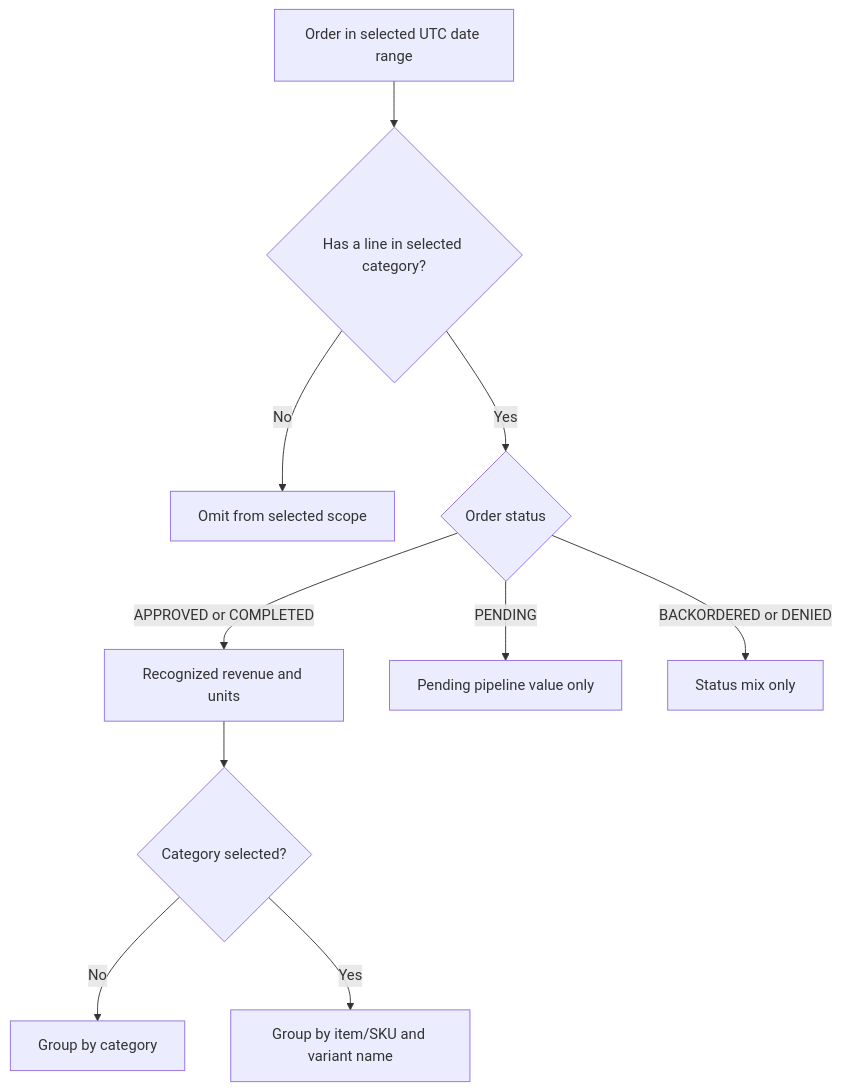
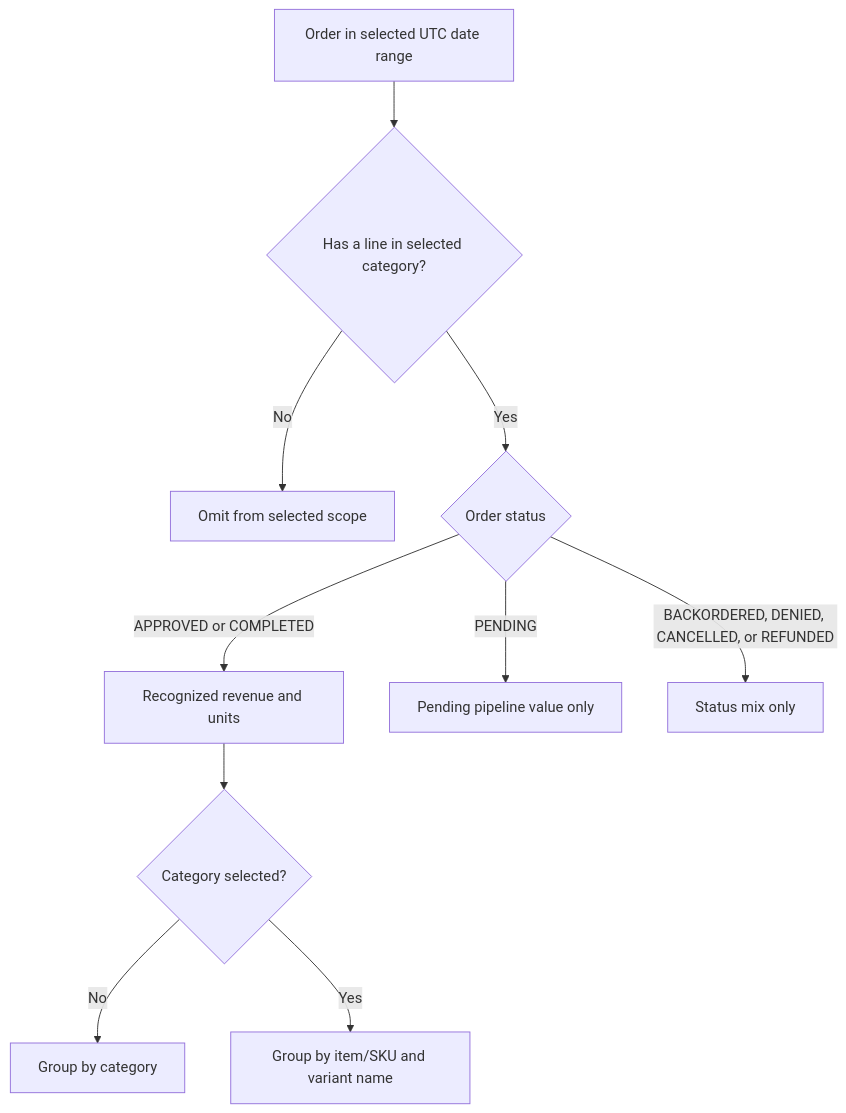
Before and after one commit to adityakulraj/petstore-modernized: the second of 2 diagrams in docs/feature-sales-revenue-analytics.md, drawn with Mermaid. The commit also changed other lines of this file and 56 other files, not shown here.

````diff
--- a/docs/feature-sales-revenue-analytics.md
+++ b/docs/feature-sales-revenue-analytics.md
@@ -44,12 +44,12 @@
 ```mermaid
 flowchart TD
     ORDER["Order in selected UTC date range"] --> MATCH{"Has a line in selected category?"}
     MATCH -- No --> OMIT["Omit from selected scope"]
     MATCH -- Yes --> STATUS{"Order status"}
     STATUS -- "APPROVED or COMPLETED" --> RECOGNIZE["Recognized revenue and units"]
     STATUS -- PENDING --> PIPELINE["Pending pipeline value only"]
-    STATUS -- "BACKORDERED or DENIED" --> MIX["Status mix only"]
+    STATUS -- "BACKORDERED, DENIED, CANCELLED, or REFUNDED" --> MIX["Status mix only"]
     RECOGNIZE --> TOP{"Category selected?"}
     TOP -- No --> CATEGORY["Group by category"]
     TOP -- Yes --> ITEM["Group by item/SKU and variant name"]
 ```
````
